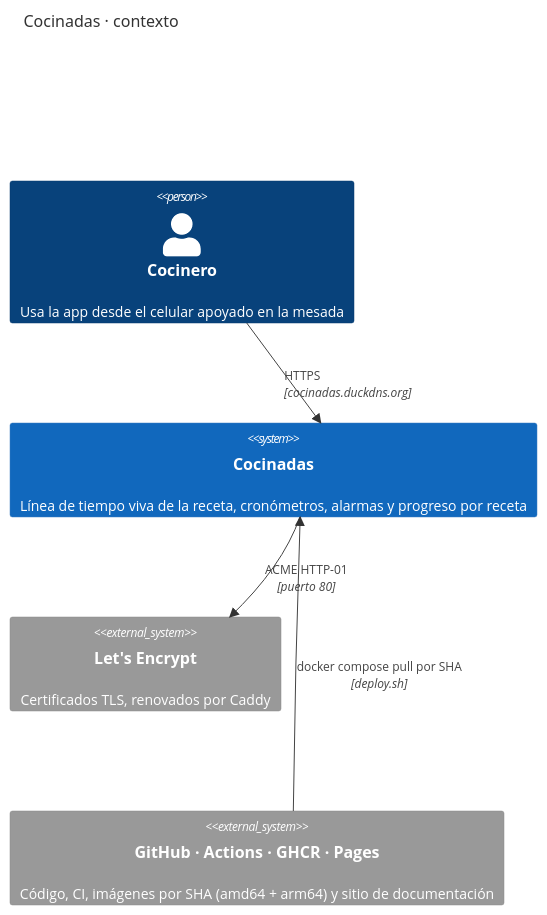
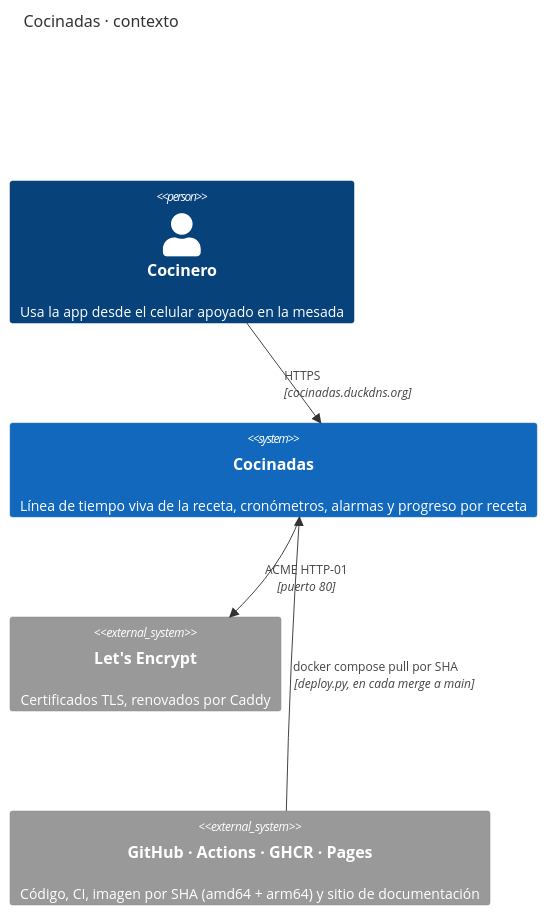
One commit to carlos-illobre/cocinadas changed the diagram in docs/diagrams/c4-contexto.mmd. Above: the diagram before and after it, drawn with Mermaid. The commit also changed 27 other files, not shown here.

```diff
--- a/docs/diagrams/c4-contexto.mmd
+++ b/docs/diagrams/c4-contexto.mmd
@@ -1,9 +1,9 @@
 C4Context
   title Cocinadas · contexto
   Person(cocinero, "Cocinero", "Usa la app desde el celular apoyado en la mesada")
   System(cocinadas, "Cocinadas", "Línea de tiempo viva de la receta, cronómetros, alarmas y progreso por receta")
   System_Ext(letsencrypt, "Let's Encrypt", "Certificados TLS, renovados por Caddy")
-  System_Ext(github, "GitHub · Actions · GHCR · Pages", "Código, CI, imágenes por SHA (amd64 + arm64) y sitio de documentación")
+  System_Ext(github, "GitHub · Actions · GHCR · Pages", "Código, CI, imagen por SHA (amd64 + arm64) y sitio de documentación")
   Rel(cocinero, cocinadas, "HTTPS", "cocinadas.duckdns.org")
   Rel(cocinadas, letsencrypt, "ACME HTTP-01", "puerto 80")
-  Rel(github, cocinadas, "docker compose pull por SHA", "deploy.sh")
+  Rel(github, cocinadas, "docker compose pull por SHA", "deploy.py, en cada merge a main")
```
